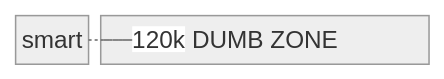
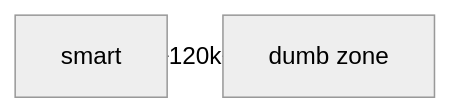
One commit to eckelt/blog changed the diagram in src/content/blog/2026-07-02-Software-Factory-Benchmark-Pruning-vs-Agile.md. Above: the diagram before and after it, drawn with Mermaid (neutral theme). The commit also changed 1 other file, not shown here.

Commit message:
Add smart/dumb-zone diagram to pruning post
Tried a block-beta diagram first for a single seamless bar, but hit a
real mermaid rendering bug: block-beta reserves a large empty vertical
region in the SVG regardless of content, unrelated to this diagram's
content. Settled on a tight two-node flowchart instead, which renders
reliably everywhere else on the site. Also makes edge-label backgrounds
match the node fill instead of the page background, so a label sitting
on a colored node blends in rather than showing a mismatched box.

````diff
--- a/src/content/blog/2026-07-02-Software-Factory-Benchmark-Pruning-vs-Agile.md
+++ b/src/content/blog/2026-07-02-Software-Factory-Benchmark-Pruning-vs-Agile.md
@@ -17,7 +17,7 @@
 ```mermaid
-block-beta
-columns 5
-smart["smart"]:1
-dumb["DUMB ZONE"]:4
+%%{init: {'flowchart': {'nodeSpacing': 2, 'rankSpacing': 2}}}%%
+flowchart LR
+smart["smart"]
+dumb["dumb zone"]
 smart -. "120k" .- dumb
 ```
````
